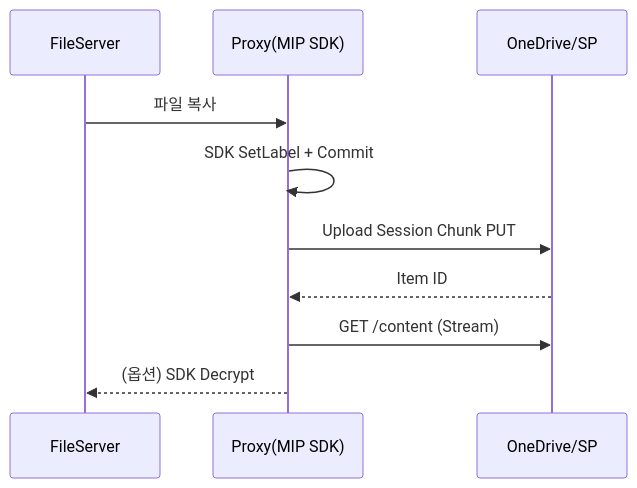
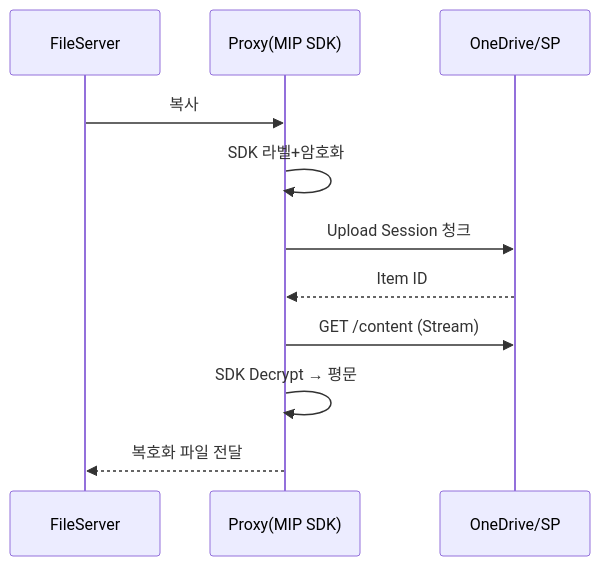
The second of 2 diagrams in README.md (tanminkwan/um), drawn with Mermaid before and after one commit. The commit also changed other lines of this file, not shown here.

````diff
--- a/README.md
+++ b/README.md
@@ -162,12 +153,13 @@
 ```mermaid
 sequenceDiagram
     participant FS as FileServer
     participant PX as Proxy(MIP SDK)
     participant OD as OneDrive/SP
-    FS->>PX: 파일 복사
-    PX->>PX: SDK SetLabel + Commit
-    PX->>OD: Upload Session Chunk PUT
+    FS->>PX: 복사
+    PX->>PX: SDK 라벨+암호화
+    PX->>OD: Upload Session 청크
     OD-->>PX: Item ID
     PX->>OD: GET /content (Stream)
-    PX-->>FS: (옵션) SDK Decrypt
+    PX->>PX: SDK Decrypt → 평문
+    PX-->>FS: 복호화 파일 전달
 ```
````
